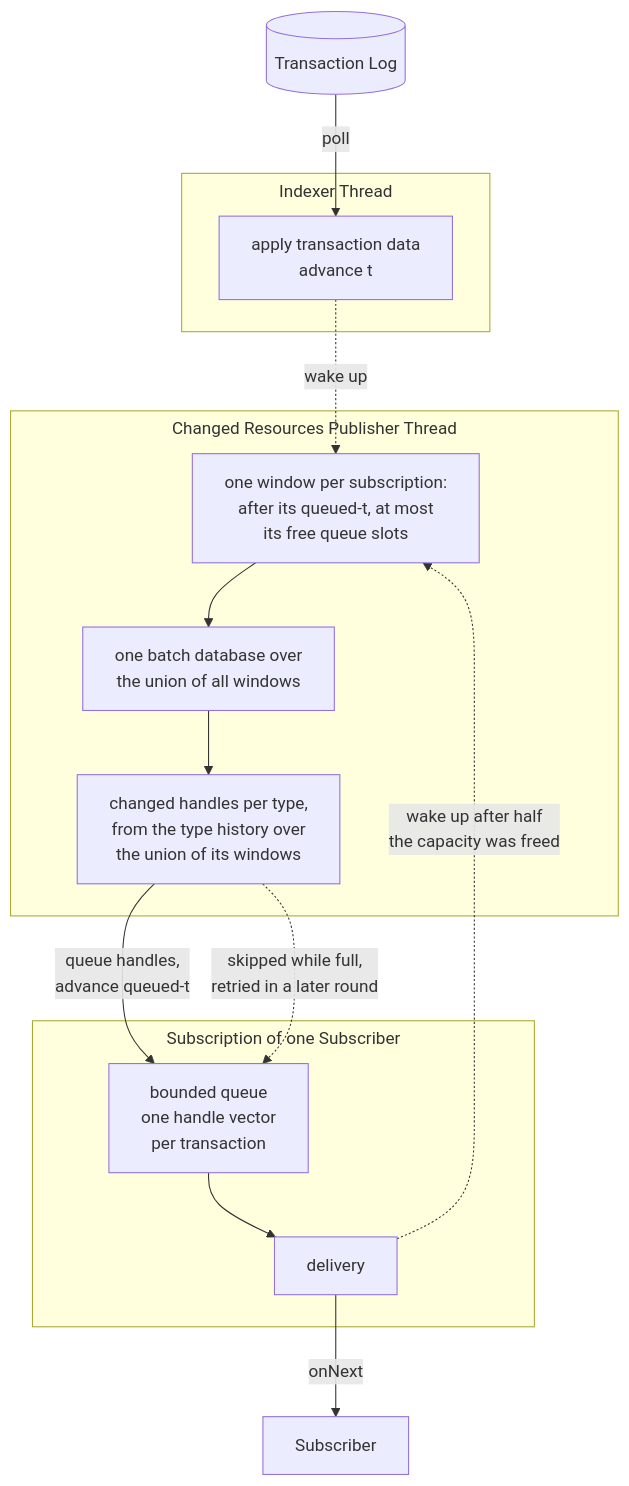
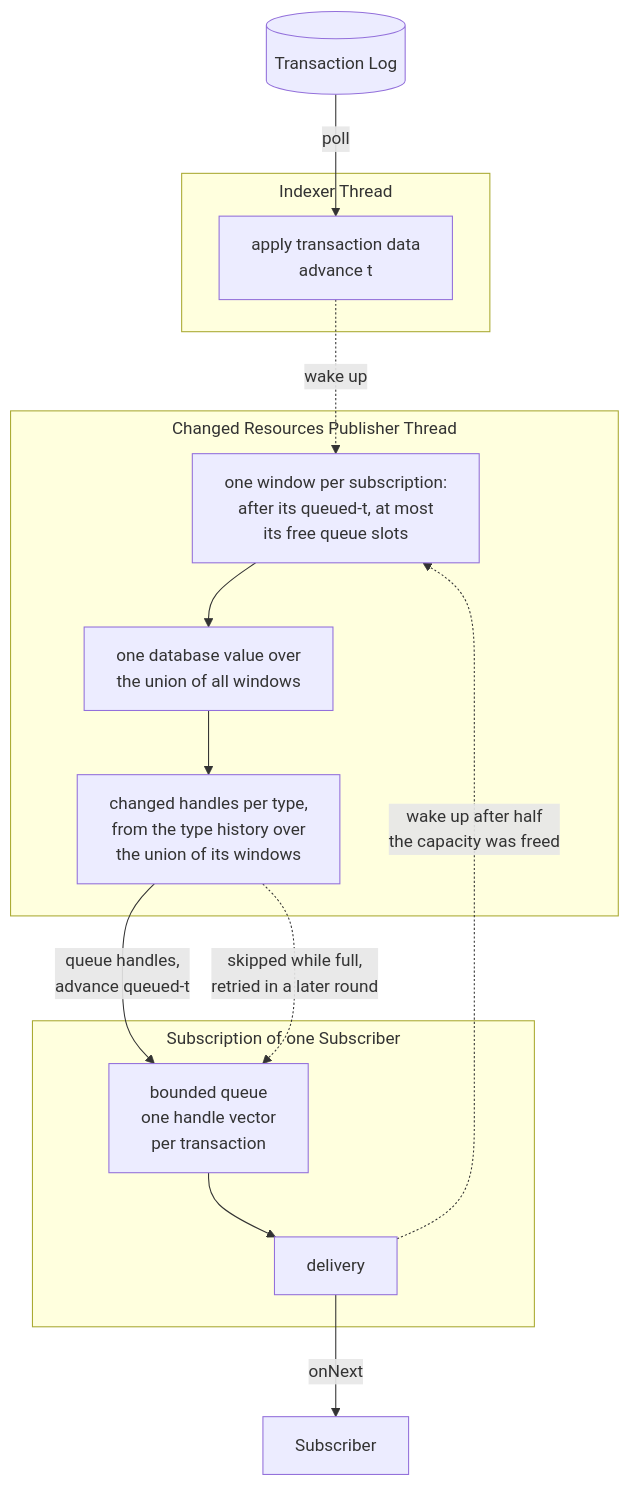
The third of 4 diagrams in docs/implementation/database.md (samply/blaze), drawn with Mermaid before and after one commit. The commit also changed other lines of this file and 172 other files, not shown here.

````diff
--- a/docs/implementation/database.md
+++ b/docs/implementation/database.md
@@ -445,37 +449,37 @@
 ```mermaid
 ---
 config:
   flowchart:
     wrappingWidth: 300
     rankSpacing: 60
     subGraphTitleMargin:
       top: 5
       bottom: 5
 ---
 flowchart TB
     log[("Transaction Log")]
 
     subgraph indexer ["Indexer Thread"]
         apply["apply transaction data<br>advance t"]
     end
 
     subgraph publisher ["Changed Resources Publisher Thread"]
         window["one window per subscription:<br>after its queued-t, at most<br>its free queue slots"]
-        batch["one batch database over<br>the union of all windows"]
+        batch["one database value over<br>the union of all windows"]
         handles["changed handles per type,<br>from the type history over<br>the union of its windows"]
         window --> batch --> handles
     end
 
     subgraph subscription ["Subscription of one Subscriber"]
         queue["bounded queue<br>one handle vector<br>per transaction"]
         drain["delivery"]
         queue --> drain
     end
 
     log -->|poll| apply
     apply -.->|"wake up"| window
     handles -->|"queue handles,<br>advance queued-t"| queue
     handles -.->|"skipped while full,<br>retried in a later round"| queue
     drain -->|onNext| subscriber["Subscriber"]
     drain -.->|"wake up after half<br>the capacity was freed"| window
 ```
````
